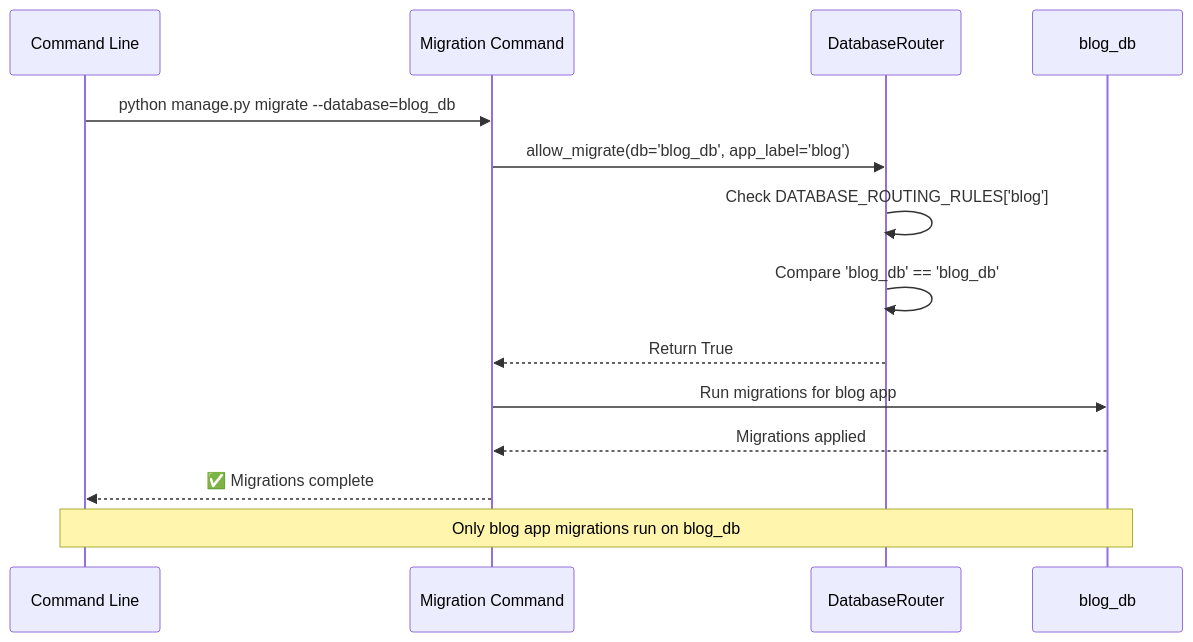
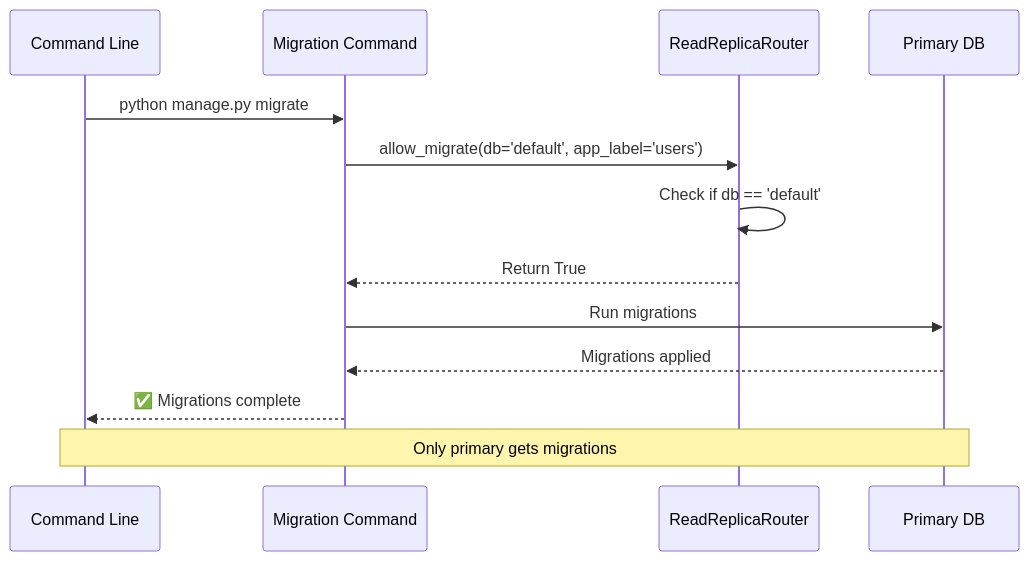
The third of 3 diagrams in docs/fundamentals/database/routing.md (markolofsen/django-cfg), drawn with Mermaid before and after one commit. The commit also changed other lines of this file and 3855 other files, not shown here.

````diff
--- a/docs/fundamentals/database/routing.md
+++ b/docs/fundamentals/database/routing.md
@@ -264,18 +349,17 @@
 ```mermaid
 sequenceDiagram
     participant U as Command Line
     participant M as Migration Command
-    participant R as DatabaseRouter
-    participant DB as blog_db
+    participant R as ReadReplicaRouter
+    participant Primary as Primary DB
 
-    U->>M: python manage.py migrate --database=blog_db
-    M->>R: allow_migrate(db='blog_db', app_label='blog')
-    R->>R: Check DATABASE_ROUTING_RULES['blog']
-    R->>R: Compare 'blog_db' == 'blog_db'
+    U->>M: python manage.py migrate
+    M->>R: allow_migrate(db='default', app_label='users')
+    R->>R: Check if db == 'default'
     R-->>M: Return True
-    M->>DB: Run migrations for blog app
-    DB-->>M: Migrations applied
+    M->>Primary: Run migrations
+    Primary-->>M: Migrations applied
     M-->>U: ✅ Migrations complete
 
-    Note over U,DB: Only blog app migrations run on blog_db
+    Note over U,Primary: Only primary gets migrations
 ```
````
